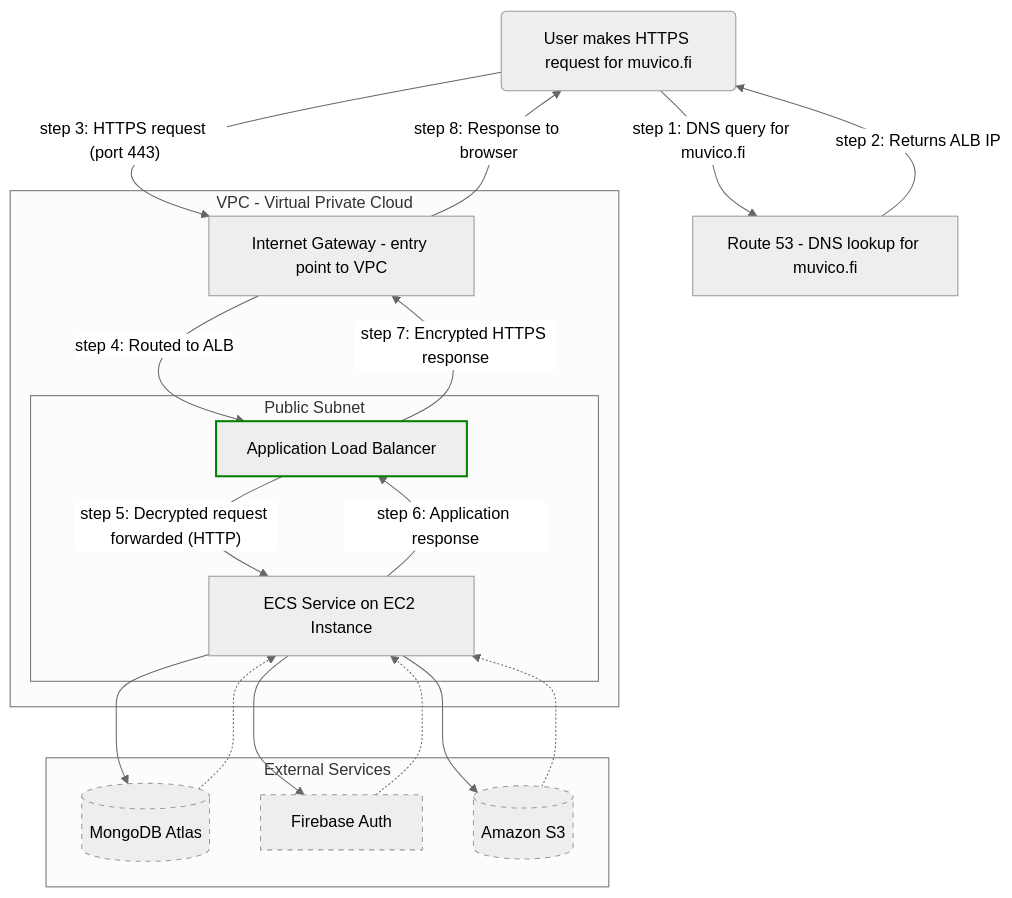
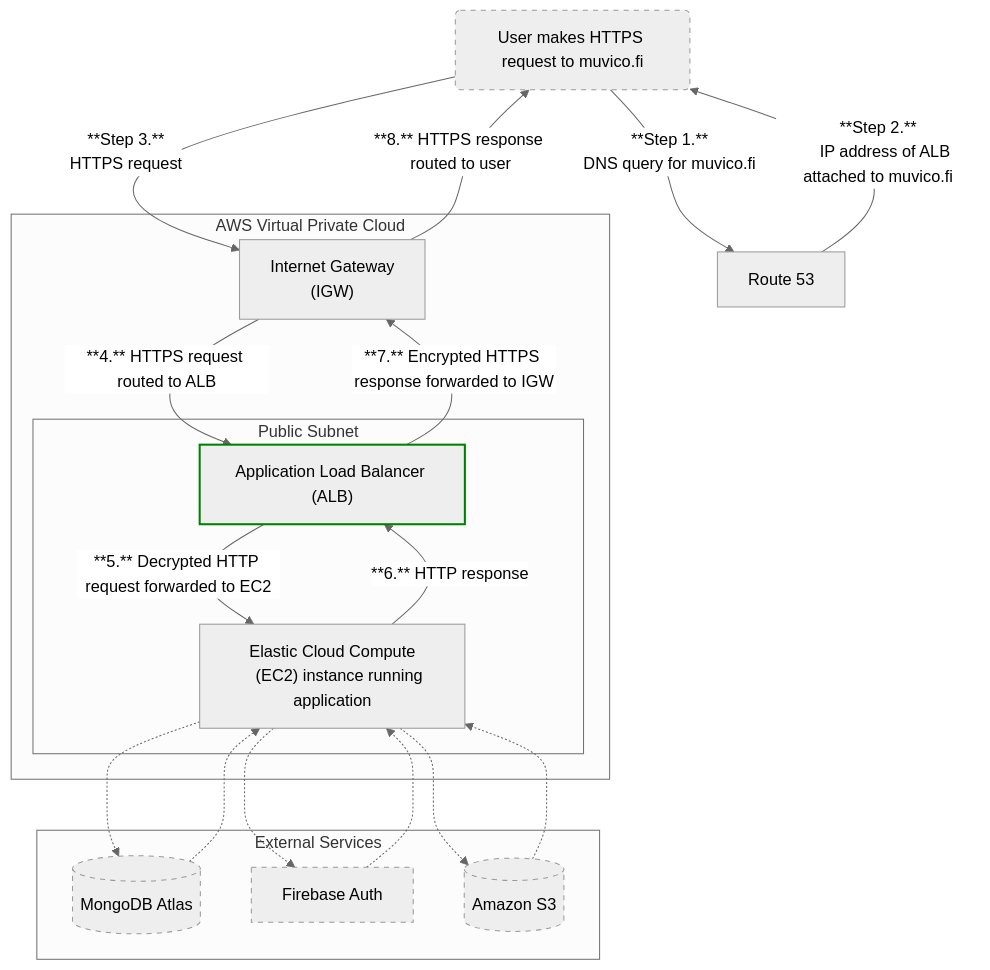
One commit to MuViCo/MuViCo changed the third of 3 diagrams in documentation/https-setup.md. Above: the diagram before and after it, drawn with Mermaid (neutral theme). The commit also changed other lines of this file, not shown here.

````diff
--- a/documentation/https-setup.md
+++ b/documentation/https-setup.md
@@ -212,38 +219,47 @@
 ```mermaid
 flowchart TD
-    User(User makes HTTPS request for muvico.fi)
-    DNS[Route 53 - DNS lookup for muvico.fi]
-    IGW[Internet Gateway - entry point to VPC]
-    ALB[Application Load Balancer]
-    ECS[ECS Service on EC2 Instance]
+    User("User makes HTTPS request to muvico.fi")
+    DNS["Route 53"]
+    IGW["Internet Gateway
+    (IGW)"]
+    ALB["Application Load Balancer (ALB)"]
+    ECS["Elastic Cloud Compute
+    (EC2) instance running application"]
 
     classDef alb stroke:green,stroke-width:2px
     classDef external stroke-dasharray: 5 5
 
-    User -->|"step 1: DNS query for muvico.fi"| DNS
-    DNS -->|"step 2: Returns ALB IP"| User
-    User -->|"step 3: HTTPS request (port 443)"| IGW
-    IGW -->|"step 4: Routed to ALB"| ALB:::alb
-    ALB -->|"step 5: Decrypted request forwarded (HTTP)"| ECS
-    ECS -->|"step 6: Application response"| ALB
-    ALB -->|"step 7: Encrypted HTTPS response"| IGW
-    IGW -->|"step 8: Response to browser"| User
+    %% DNS resolution
+    User:::external -->|"**Step 1.**
+    DNS query for muvico.fi"| DNS
+    DNS -->|"**Step 2.**
+    IP address of ALB attached to muvico.fi"| User
 
-    subgraph VPC - Virtual Private Cloud
+    %% HTTPS and HTTP flows
+    User -->|"**Step 3.**
+    HTTPS request"| IGW
+
+    IGW -->|"**4.** HTTPS request routed to ALB"| ALB
+
+    ALB -->|"**5.** Decrypted HTTP request forwarded to EC2"| ECS
+    ECS -->|"**6.** HTTP response"| ALB
+    ALB -->|"**7.** Encrypted HTTPS response forwarded to IGW"| IGW
+    IGW -->|"**8.** HTTPS response routed to user"| User
+
+    subgraph "AWS Virtual Private Cloud"
         IGW
         subgraph Public Subnet
-            ALB
+            ALB:::alb
             ECS
         end
     end
 
     subgraph External Services
-        ECS --> D[(MongoDB Atlas)]:::external
+        ECS -.-> D[(MongoDB Atlas)]:::external
         D -.-> ECS
-        ECS --> E[Firebase Auth]:::external
+        ECS -.-> E[Firebase Auth]:::external
         E -.-> ECS
-        ECS --> F[(Amazon S3)]:::external
+        ECS -.-> F[(Amazon S3)]:::external
         F -.-> ECS
     end
-
 ```
````
